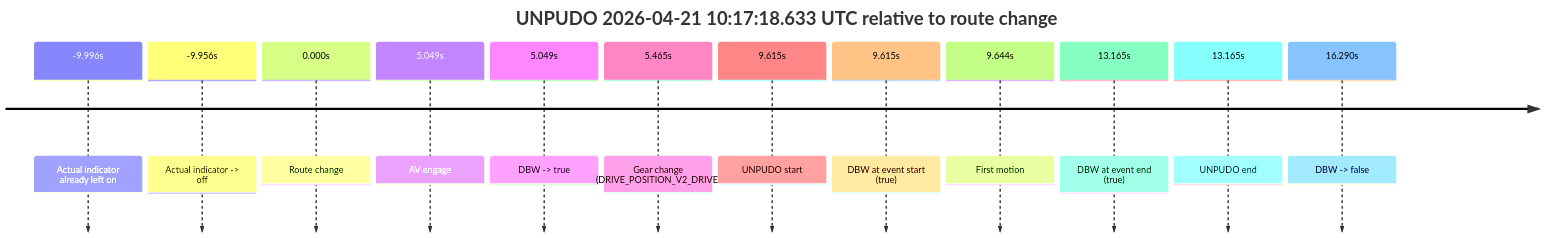
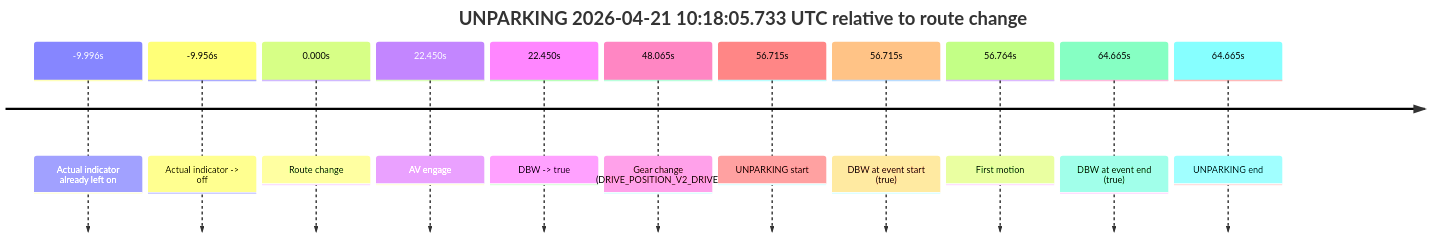
The second of 2 diagrams in model_analysis/report_cards/2026/04/Week-4/fme20002--2026-04-21--09-49-51--gen2-av-0e2899fe-e0ac-4a0a-a362-8997f19d6cce.md (yoelshapiro/vault), drawn with Mermaid before and after one commit. The commit also changed other lines of this file, not shown here.

````diff
--- a/model_analysis/report_cards/2026/04/Week-4/fme20002--2026-04-21--09-49-51--gen2-av-0e2899fe-e0ac-4a0a-a362-8997f19d6cce.md
+++ b/model_analysis/report_cards/2026/04/Week-4/fme20002--2026-04-21--09-49-51--gen2-av-0e2899fe-e0ac-4a0a-a362-8997f19d6cce.md
@@ -227,16 +143,15 @@
 ```mermaid
 timeline
-    title UNPUDO 2026-04-21 10:17:18.633 UTC relative to route change
+    title UNPARKING 2026-04-21 10:18:05.733 UTC relative to route change
     -9.996s : Actual indicator already left on
     -9.956s : Actual indicator -> off
     0.000s : Route change
-    5.049s : AV engage
-    5.049s : DBW -> true
-    5.465s : Gear change (DRIVE_POSITION_V2_DRIVE)
-    9.615s : UNPUDO start
-    9.615s : DBW at event start (true)
-    9.644s : First motion
-    13.165s : DBW at event end (true)
-    13.165s : UNPUDO end
-    16.290s : DBW -> false
+    22.450s : AV engage
+    22.450s : DBW -> true
+    48.065s : Gear change (DRIVE_POSITION_V2_DRIVE)
+    56.715s : UNPARKING start
+    56.715s : DBW at event start (true)
+    56.764s : First motion
+    64.665s : DBW at event end (true)
+    64.665s : UNPARKING end
 ```
````
